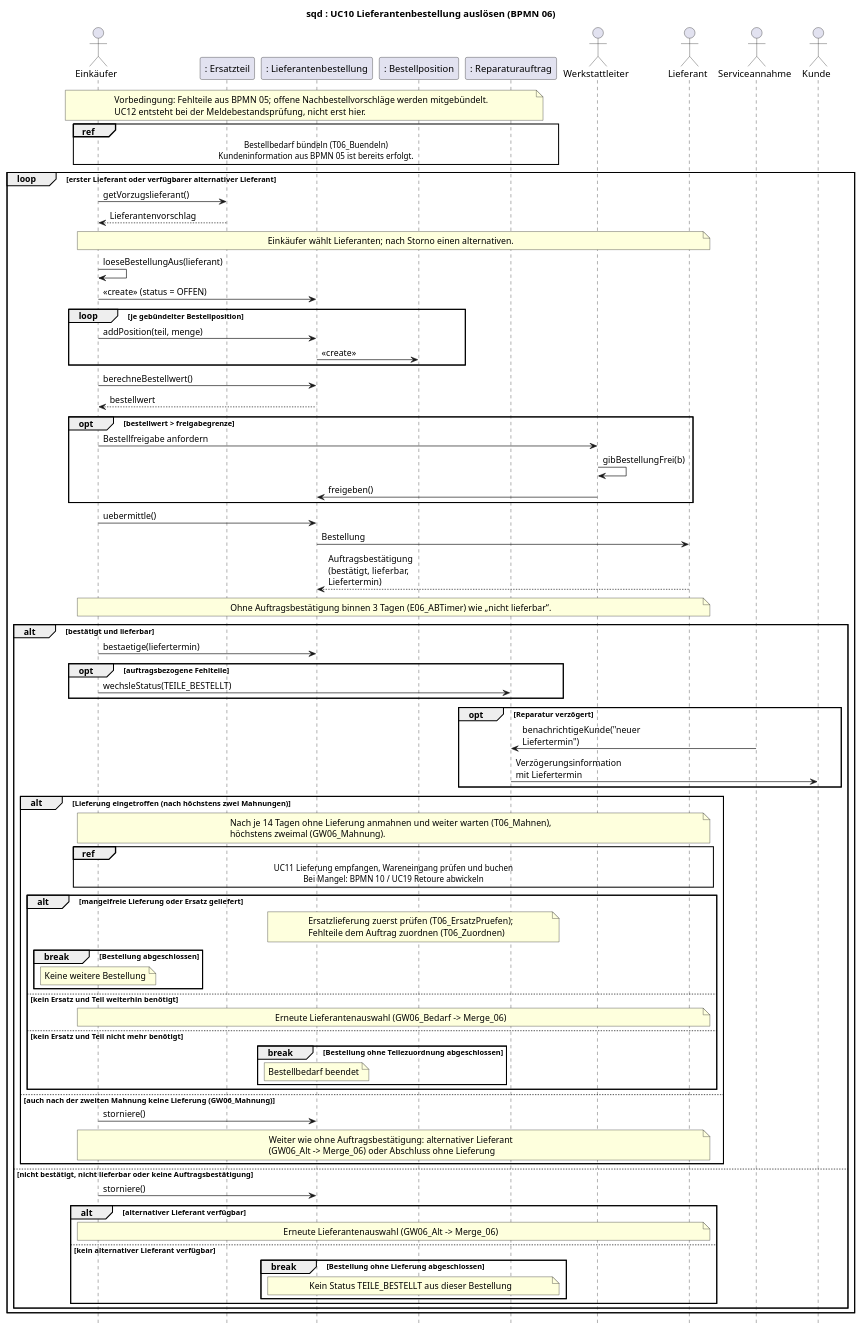
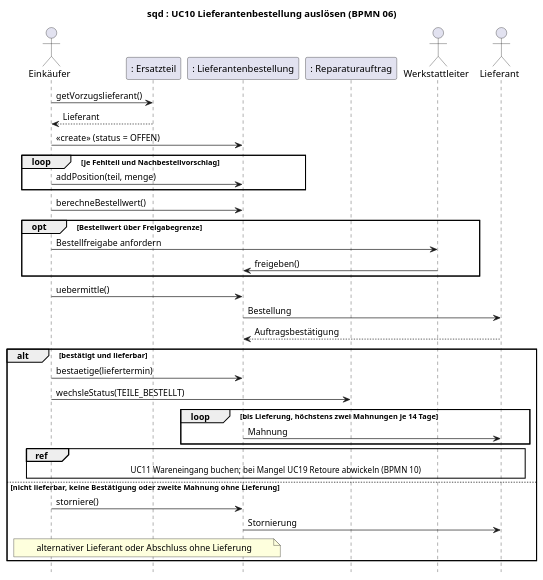
Before and after one commit to jakobschwan123-cmd/casestudy-semester-3: the diagram in 2_uml/entwurf-plantuml/sequenz-06-nachbestellvorschlag.puml, drawn with PlantUML. The commit also changed 14 other files, not shown here.

First line of the commit message:
[T05 2026-10-15] refactor: cut sequence diagrams down to the core flow (E-28)

```diff
--- a/2_uml/entwurf-plantuml/sequenz-06-nachbestellvorschlag.puml
+++ b/2_uml/entwurf-plantuml/sequenz-06-nachbestellvorschlag.puml
@@ -1,82 +1,42 @@
 @startuml
-' BPMN: p06-ersatzteilbestellung.bpmn
-' BPMN-Nodes: T06_Buendeln T06_Lieferant T06_Bestellung GW06_Grenze T06_Freigabe T06_Senden GW06_AB E06_AB E06_ABTimer GW06_Lieferbar T06_Storno T06_Alternative GW06_Alt T06_Termin GW06_Verzoegert T06_KundeInfo GW06_Lief E06_Lieferung E06_LiefTimer GW06_Mahnung T06_Mahnen T06_Wareneingang GW06_Mangelfrei T06_Retoure GW06_Ersatz T06_ErsatzPruefen GW06_Bedarf T06_Zuordnen
+' BPMN: p06-ersatzteilbestellung.bpmn. Kernablauf: bündeln, freigeben, bestellen, bestätigen oder stornieren, höchstens zwei Mahnungen (E-22, E-27).
 title sqd : UC10 Lieferantenbestellung auslösen (BPMN 06)
 skinparam defaultFontName Arial
 skinparam sequenceMessageAlign left
-skinparam maxMessageSize 160
+skinparam maxMessageSize 170
 hide footbox
 
-actor "Einkäufer" as Disponent
+actor "Einkäufer" as E
 participant ": Ersatzteil" as ET
 participant ": Lieferantenbestellung" as BEST
-participant ": Bestellposition" as POS
 participant ": Reparaturauftrag" as RA
 actor Werkstattleiter as WL
 actor Lieferant
-actor Serviceannahme as SM
-actor Kunde
 
-note over Disponent, RA : Vorbedingung: Fehlteile aus BPMN 05; offene Nachbestellvorschläge werden mitgebündelt.\nUC12 entsteht bei der Meldebestandsprüfung, nicht erst hier.
-ref over Disponent, RA : Bestellbedarf bündeln (T06_Buendeln)\nKundeninformation aus BPMN 05 ist bereits erfolgt.
-loop erster Lieferant oder verfügbarer alternativer Lieferant
-    Disponent -> ET : getVorzugslieferant()
-    ET --> Disponent : Lieferantenvorschlag
-    note over Disponent, Lieferant : Einkäufer wählt Lieferanten; nach Storno einen alternativen.
-    Disponent -> Disponent : loeseBestellungAus(lieferant)
-    Disponent -> BEST : <<create>> (status = OFFEN)
-    loop je gebündelter Bestellposition
-        Disponent -> BEST : addPosition(teil, menge)
-        BEST -> POS : <<create>>
+E -> ET : getVorzugslieferant()
+ET --> E : Lieferant
+E -> BEST : <<create>> (status = OFFEN)
+loop je Fehlteil und Nachbestellvorschlag
+    E -> BEST : addPosition(teil, menge)
+end
+E -> BEST : berechneBestellwert()
+opt Bestellwert über Freigabegrenze
+    E -> WL : Bestellfreigabe anfordern
+    WL -> BEST : freigeben()
+end
+E -> BEST : uebermittle()
+BEST -> Lieferant : Bestellung
+Lieferant --> BEST : Auftragsbestätigung
+alt bestätigt und lieferbar
+    E -> BEST : bestaetige(liefertermin)
+    E -> RA : wechsleStatus(TEILE_BESTELLT)
+    loop bis Lieferung, höchstens zwei Mahnungen je 14 Tage
+        BEST -> Lieferant : Mahnung
     end
-    Disponent -> BEST : berechneBestellwert()
-    BEST --> Disponent : bestellwert
-    opt bestellwert > freigabegrenze
-        Disponent -> WL : Bestellfreigabe anfordern
-        WL -> WL : gibBestellungFrei(b)
-        WL -> BEST : freigeben()
-    end
-    Disponent -> BEST : uebermittle()
-    BEST -> Lieferant : Bestellung
-    Lieferant --> BEST : Auftragsbestätigung (bestätigt, lieferbar, Liefertermin)
-    note over Disponent, Lieferant : Ohne Auftragsbestätigung binnen 3 Tagen (E06_ABTimer) wie „nicht lieferbar“.
-    alt bestätigt und lieferbar
-        Disponent -> BEST : bestaetige(liefertermin)
-        opt auftragsbezogene Fehlteile
-            Disponent -> RA : wechsleStatus(TEILE_BESTELLT)
-        end
-        opt Reparatur verzögert
-            SM -> RA : benachrichtigeKunde("neuer Liefertermin")
-            RA -> Kunde : Verzögerungsinformation mit Liefertermin
-        end
-        alt Lieferung eingetroffen (nach höchstens zwei Mahnungen)
-            note over Disponent, Lieferant : Nach je 14 Tagen ohne Lieferung anmahnen und weiter warten (T06_Mahnen),\nhöchstens zweimal (GW06_Mahnung).
-            ref over Disponent, BEST, Lieferant : UC11 Lieferung empfangen, Wareneingang prüfen und buchen\nBei Mangel: BPMN 10 / UC19 Retoure abwickeln
-            alt mangelfreie Lieferung oder Ersatz geliefert
-                note over BEST, RA : Ersatzlieferung zuerst prüfen (T06_ErsatzPruefen);\nFehlteile dem Auftrag zuordnen (T06_Zuordnen)
-                break Bestellung abgeschlossen
-                    note over Disponent : Keine weitere Bestellung
-                end
-            else kein Ersatz und Teil weiterhin benötigt
-                note over Disponent, Lieferant : Erneute Lieferantenauswahl (GW06_Bedarf -> Merge_06)
-            else kein Ersatz und Teil nicht mehr benötigt
-                break Bestellung ohne Teilezuordnung abgeschlossen
-                    note over BEST : Bestellbedarf beendet
-                end
-            end
-        else auch nach der zweiten Mahnung keine Lieferung (GW06_Mahnung)
-            Disponent -> BEST : storniere()
-            note over Disponent, Lieferant : Weiter wie ohne Auftragsbestätigung: alternativer Lieferant\n(GW06_Alt -> Merge_06) oder Abschluss ohne Lieferung
-        end
-    else nicht bestätigt, nicht lieferbar oder keine Auftragsbestätigung
-        Disponent -> BEST : storniere()
-        alt alternativer Lieferant verfügbar
-            note over Disponent, Lieferant : Erneute Lieferantenauswahl (GW06_Alt -> Merge_06)
-        else kein alternativer Lieferant verfügbar
-            break Bestellung ohne Lieferung abgeschlossen
-                note over BEST, RA : Kein Status TEILE_BESTELLT aus dieser Bestellung
-            end
-        end
-    end
+    ref over E, BEST, Lieferant : UC11 Wareneingang buchen; bei Mangel UC19 Retoure abwickeln (BPMN 10)
+else nicht lieferbar, keine Bestätigung oder zweite Mahnung ohne Lieferung
+    E -> BEST : storniere()
+    BEST -> Lieferant : Stornierung
+    note over E, BEST : alternativer Lieferant oder Abschluss ohne Lieferung
 end
 @enduml
```
